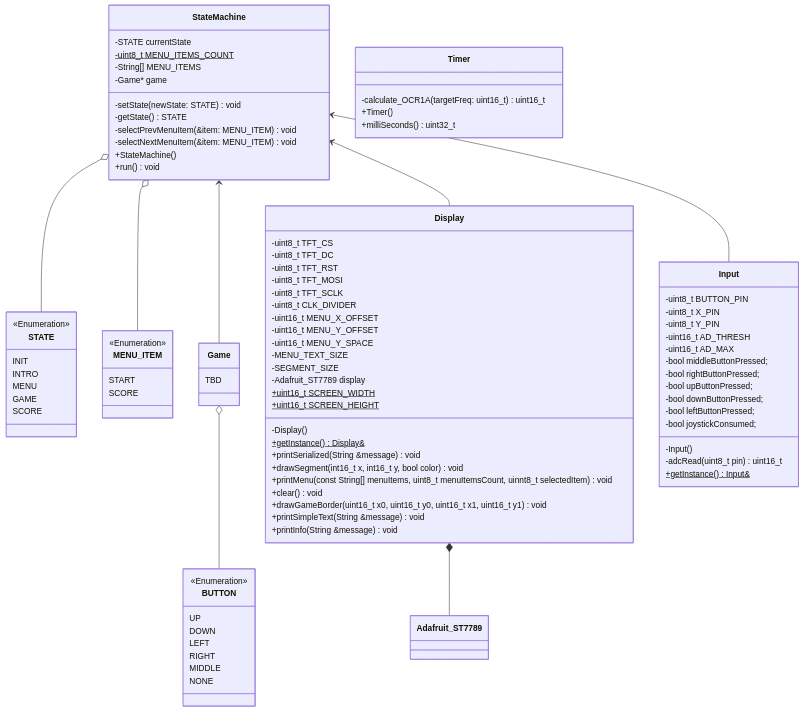
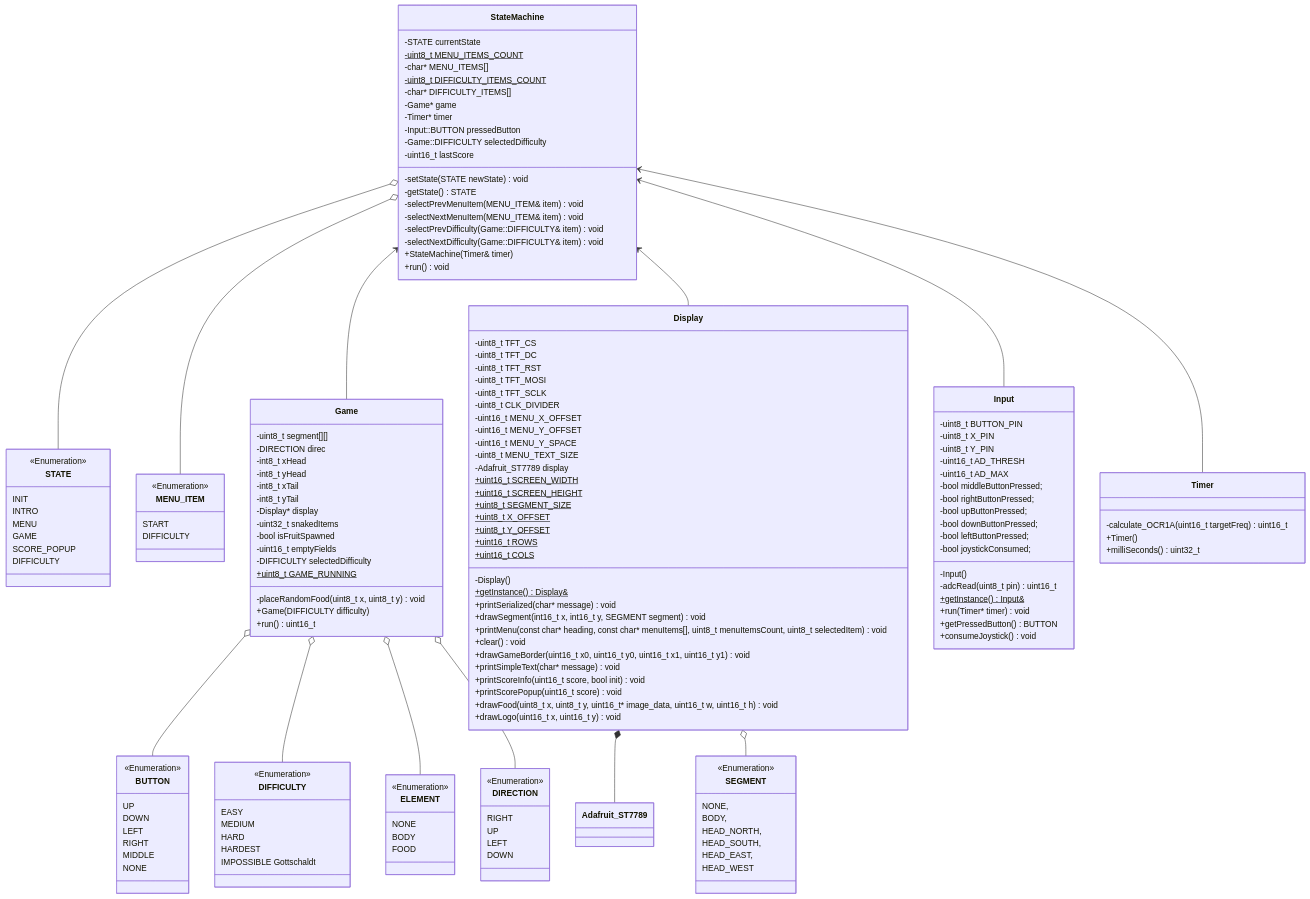
The diagram in doc/diagrams/assets/classdiagram.md (bytehaufen/arduino-snake), drawn with Mermaid before and after one commit.

Commit message:
doc: Update classdiagram.

````diff
--- a/doc/diagrams/assets/classdiagram.md
+++ b/doc/diagrams/assets/classdiagram.md
@@ -8,11 +8,16 @@
   StateMachine <-- Game
   StateMachine <-- Display
   StateMachine <-- Input
+  StateMachine <-- Timer
   Game o-- BUTTON
+  Game o-- DIFFICULTY
+  Game o-- ELEMENT
+  Game o-- DIRECTION
   Display *-- Adafruit_ST7789
+  Display o-- SEGMENT
 
   class Timer {
-    -calculate_OCR1A(targetFreq: uint16_t) uint16_t
+    -calculate_OCR1A(uint16_t targetFreq) uint16_t
     +Timer()
     +milliSeconds() uint32_t
   }
@@ -20,13 +25,21 @@
   class StateMachine {
     -STATE currentState
     -uint8_t MENU_ITEMS_COUNT$
-    -String[] MENU_ITEMS
+    -char* MENU_ITEMS[]
+    -uint8_t DIFFICULTY_ITEMS_COUNT$
+    -char* DIFFICULTY_ITEMS[]
     -Game* game
-    -setState(newState: STATE) void
+    -Timer* timer
+    -Input::BUTTON pressedButton
+    -Game::DIFFICULTY selectedDifficulty
+    -setState(STATE newState) void
     -getState() STATE
-    -selectPrevMenuItem(&item: MENU_ITEM) void
-    -selectNextMenuItem(&item: MENU_ITEM) void
-    +StateMachine()
+    -selectPrevMenuItem(MENU_ITEM& item) void
+    -selectNextMenuItem(MENU_ITEM& item) void
+    -selectPrevDifficulty(Game::DIFFICULTY& item) void
+    -selectNextDifficulty(Game::DIFFICULTY& item) void
+    -uint16_t lastScore
+    +StateMachine(Timer& timer)
     +run() void
   }
 
@@ -36,17 +49,55 @@
     INTRO
     MENU
     GAME
-    SCORE
+    SCORE_POPUP
+    DIFFICULTY
   }
   class MENU_ITEM {
     <<Enumeration>>
     START
-    SCORE
+    DIFFICULTY
   }
 
   class Game {
-    %% TODO
-    TBD
+    -uint8_t segment[][]
+    -DIRECTION direc
+    -int8_t xHead
+    -int8_t yHead
+    -int8_t xTail
+    -int8_t yTail
+    -Display* display
+    -placeRandomFood(uint8_t x, uint8_t y) void
+    -uint32_t snakedItems
+    -bool isFruitSpawned
+    -uint16_t emptyFields
+    -DIFFICULTY selectedDifficulty
+    +uint8_t GAME_RUNNING$
+    +Game(DIFFICULTY difficulty)
+    +run() uint16_t
+  }
+
+  class DIFFICULTY {
+    <<Enumeration>>
+    EASY
+    MEDIUM
+    HARD
+    HARDEST
+    IMPOSSIBLE Gottschaldt
+  }
+
+  class ELEMENT {
+    <<Enumeration>>
+    NONE
+    BODY
+    FOOD
+  }
+
+  class DIRECTION {
+  <<Enumeration>>
+    RIGHT
+    UP
+    LEFT
+    DOWN
   }
 
   class Input {
@@ -64,6 +115,9 @@
     -Input()
     -adcRead(uint8_t pin) uint16_t
     +getInstance()$ Input&
+    +run(Timer* timer) void
+    +getPressedButton() BUTTON
+    +consumeJoystick() void
   }
 
   class BUTTON {
@@ -86,19 +140,36 @@
     -uint16_t MENU_X_OFFSET
     -uint16_t MENU_Y_OFFSET
     -uint16_t MENU_Y_SPACE
-    -MENU_TEXT_SIZE
-    -SEGMENT_SIZE
+    -uint8_t MENU_TEXT_SIZE
     -Display()
     -Adafruit_ST7789 display
     +uint16_t SCREEN_WIDTH$
     +uint16_t SCREEN_HEIGHT$
+    +uint8_t SEGMENT_SIZE$
+    +uint8_t X_OFFSET$
+    +uint8_t Y_OFFSET$
+    +uint16_t ROWS$
+    +uint16_t COLS$
     +getInstance()$ Display&
-    +printSerialized(String &message) void
-    +drawSegment(int16_t x, int16_t y, bool color) void
-    +printMenu(const String[] menuItems, uint8_t menuItemsCount, uinnt8_t selectedItem) void
+    +printSerialized(char* message) void
+    +drawSegment(int16_t x, int16_t y, SEGMENT segment) void
+    +printMenu(const char* heading, const char* menuItems[], uint8_t menuItemsCount, uint8_t selectedItem) void
     +clear() void
     +drawGameBorder(uint16_t x0, uint16_t y0, uint16_t x1, uint16_t y1) void
-    +printSimpleText(String &message) void
-    +printInfo(String &message) void
+    +printSimpleText(char* message) void
+    +printScoreInfo(uint16_t score, bool init) void
+    +printScorePopup(uint16_t score) void
+    +drawFood(uint8_t x, uint8_t y, uint16_t* image_data, uint16_t w, uint16_t h) void
+    +drawLogo(uint16_t x, uint16_t y) void
+  }
+
+  class SEGMENT {
+    <<Enumeration>>
+    NONE,
+    BODY,
+    HEAD_NORTH,
+    HEAD_SOUTH,
+    HEAD_EAST,
+    HEAD_WEST
   }
 ```
````
